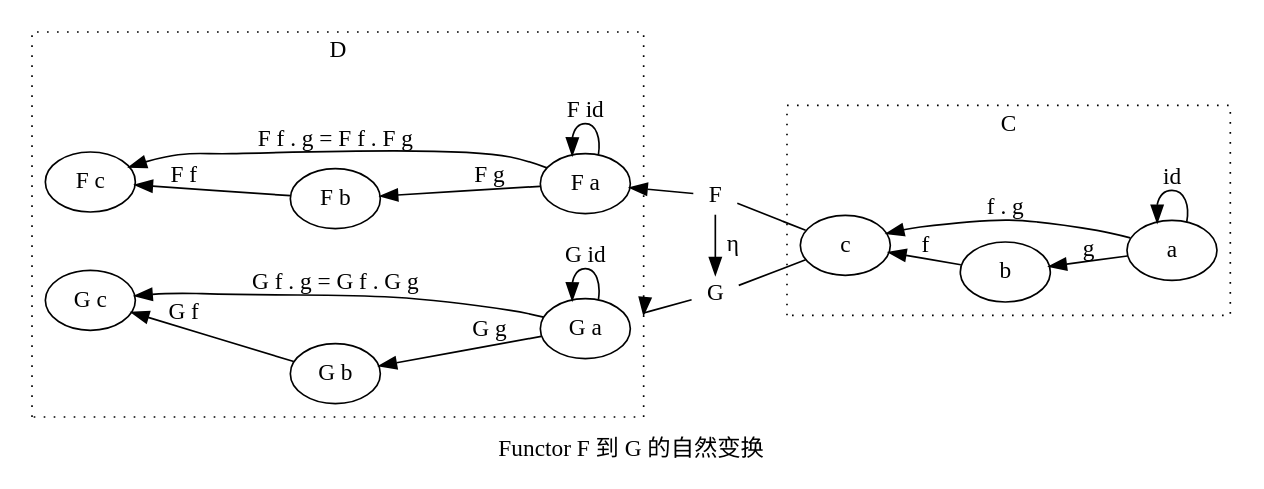
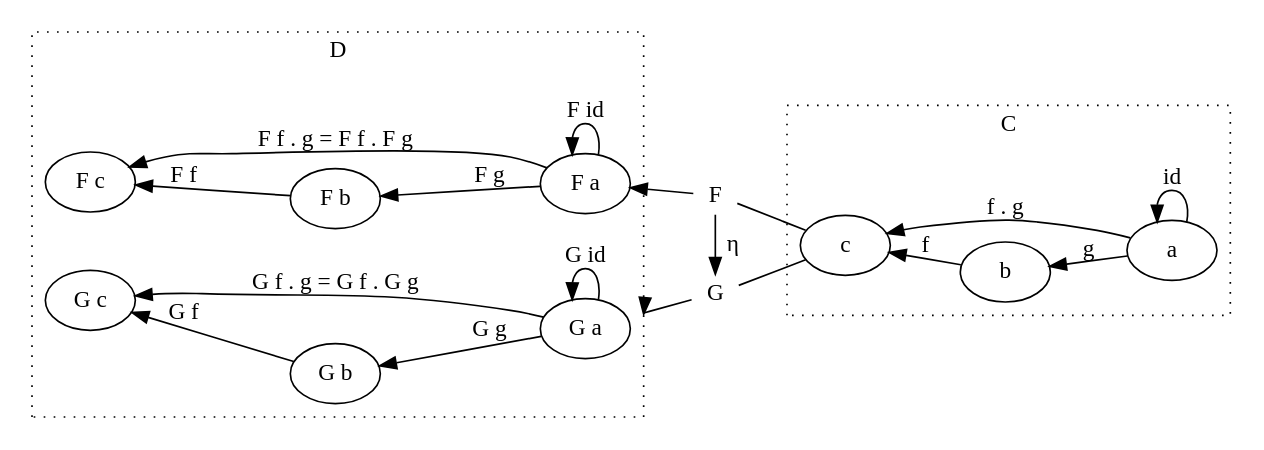
One commit to jcouyang/grokking-monad changed the third of 6 diagrams in part1.org. Above: the diagram before and after it, drawn with Graphviz. The commit also changed other lines of this file and 5 other files, not shown here.

```diff
--- a/part1.org
+++ b/part1.org
@@ -269,40 +269,39 @@
 #+BEGIN_SRC dot :file images/natrual-transformation.png :exports results
   digraph {
-  label="Functor F 到 G 的自然变换"
   compound=true;
   rankdir=RL
   subgraph cluster_C {
           style=dotted
           label="C"
           a -> a [label=id]
           a -> b [label=g]
           b -> c [label=f]
           a -> c [label="f . g"]
   }
   subgraph cluster_D {
           style=dotted
           label=D
           "G a" -> "G a" [label="G id"]
           "G a" -> "G b" [label="G g"]
           "G b" -> "G c" [label="G f"]
           "G a" -> "G c" [label="G f . g = G f . G g"]
           "F a" -> "F a" [label="F id"]
           "F a" -> "F b" [label="F g"]
           "F b" -> "F c" [label="F f"]
           "F a" -> "F c" [label="F f . g = F f . F g"]
   }
   subgraph FunctorCategory {
           style=dotted
           label="Functor Category"
           rank=same;
           functorG [label="G",shape=plaintext,width=0.01, height=0.01];
           functorF [label="F", shape=plaintext, width=0.01, height=0.01];
   }
   functorF -> functorG[label="η"]
   c -> functorG [arrowhead=none]
   c -> functorF [arrowhead=none]
   functorG ->"G a"[ltail=cluster_C,lhead=cluster_D]
 
   functorF ->"F a"[ltail=cluster_C,lhead=cluster_E]
   }
 #+END_SRC
```
